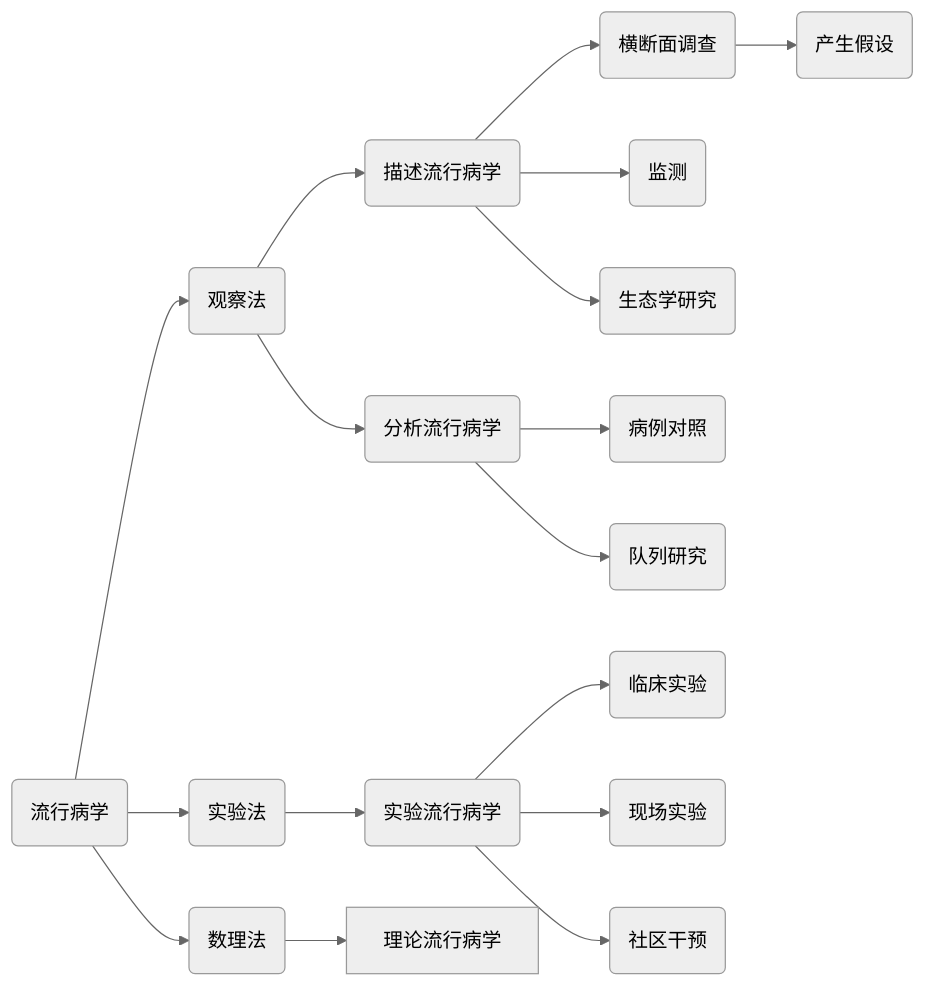
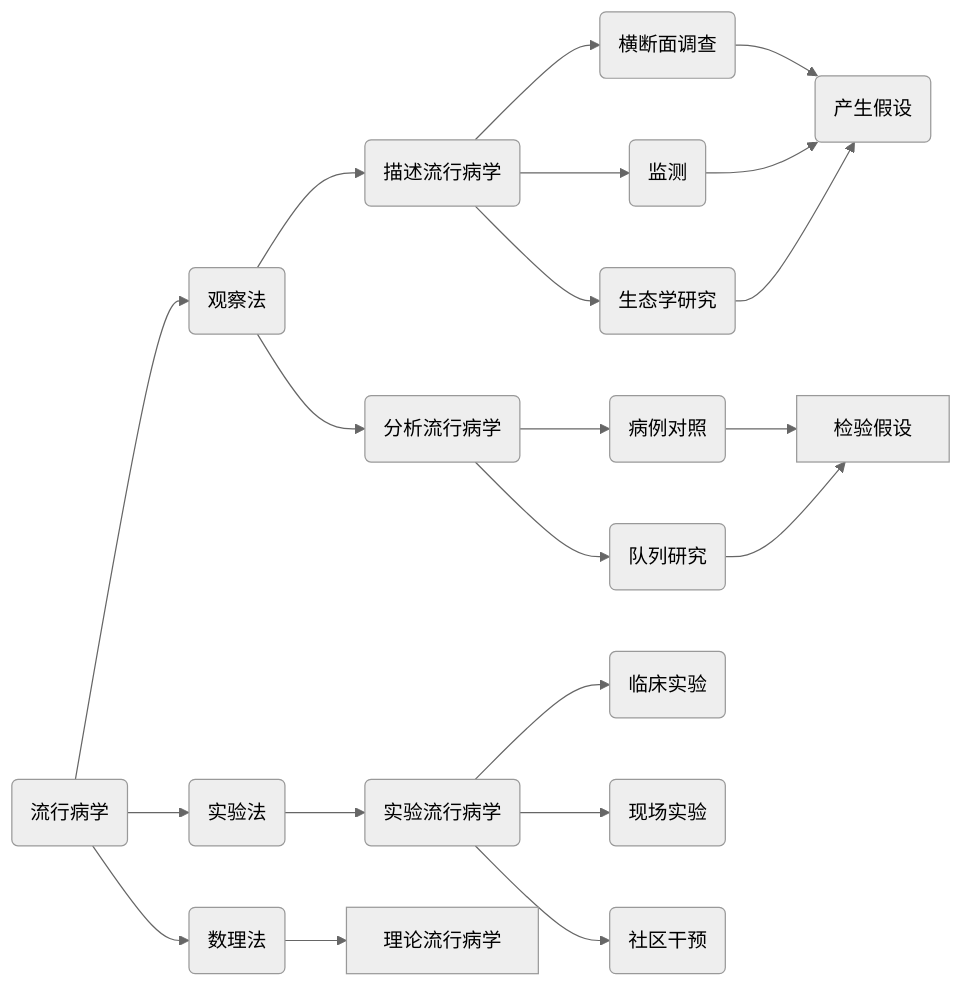
The diagram in 大三下/流行病学.md (viket-vista/Notes), drawn with Mermaid (neutral theme) before and after one commit. The commit also changed other lines of this file, not shown here.

Commit message:
大三下/流行病学.md updated from https://stackedit.cn/

````diff
--- a/大三下/流行病学.md
+++ b/大三下/流行病学.md
@@ -2,19 +2,21 @@
 ```mermaid
 graph LR
 A(流行病学) --> B(观察法)
 A --> C(实验法)
 A --> D(数理法)
 B --> E(描述流行病学)
 B --> F(分析流行病学)
 C --> G(实验流行病学)
 D --> 理论流行病学
 E --> H(横断面调查)
 E --> I(监测)
 E --> J(生态学研究)
 F --> K(病例对照)
 F --> L(队列研究)
 G --> M(临床实验)
 G --> N(现场实验)
 G --> O(社区干预)
-H --> P(产生假设)
+H & I & J --> P(产生假设)
+K & L --> 检验假设
+M & N  
 ```
````
